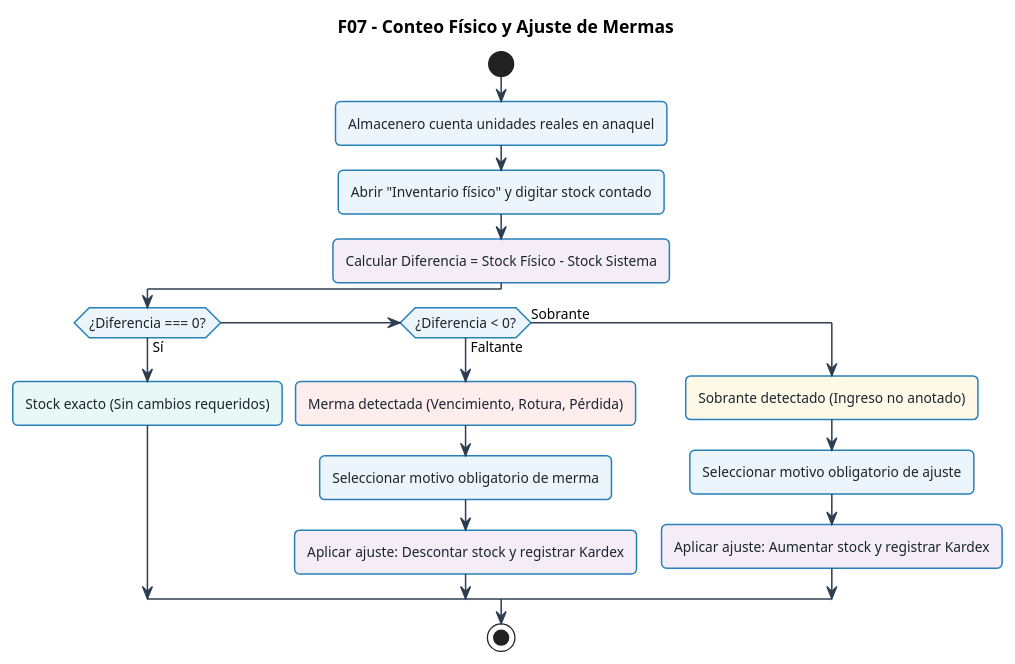
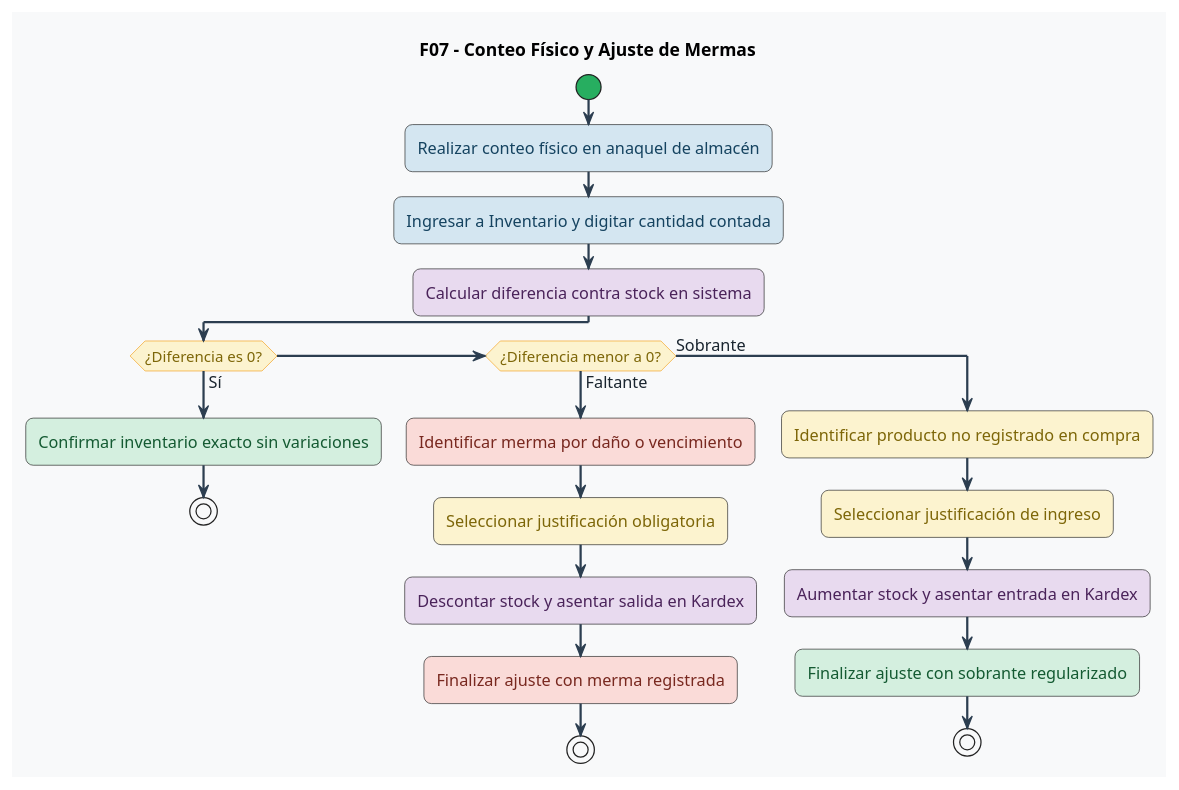
The seventh of 11 diagrams in docs/UML-flujos/flujos-consolidados-kipu.md (xmenil/ERP-KIPUS), drawn with PlantUML before and after one commit. The commit also changed other lines of this file and 23 other files, not shown here.

Commit message:
docs: actualizar diagramas PlantUML estilo Bizagi BPMN y corregir advertencias de sintaxis

````diff
--- a/docs/UML-flujos/flujos-consolidados-kipu.md
+++ b/docs/UML-flujos/flujos-consolidados-kipu.md
@@ -430,49 +548,76 @@
 ```plantuml
 @startuml
+<style>
+activityDiagram {
+  BackgroundColor #F8F9FA
+  BorderColor #2C3E50
+  FontColor #1A252F
+  FontSize 13
+  FontName "Segoe UI", Arial, sans-serif
+  RoundCorner 12
+  Padding 10
+  Margin 8
+
+  .verde {
+    BackgroundColor #D4EFDF
+    BorderColor #27AE60
+    FontColor #145A32
+  }
+  .amarillo {
+    BackgroundColor #FCF3CF
+    BorderColor #F39C12
+    FontColor #7D6608
+  }
+  .azul {
+    BackgroundColor #D4E6F1
+    BorderColor #2980B9
+    FontColor #154360
+  }
+  .morado {
+    BackgroundColor #E8DAEF
+    BorderColor #8E44AD
+    FontColor #4A235A
+  }
+  .rojo {
+    BackgroundColor #FADBD8
+    BorderColor #C0392B
+    FontColor #78281F
+  }
+}
+</style>
+
 skinparam defaultFontName "Segoe UI", Arial, sans-serif
-skinparam defaultFontSize 11
-skinparam roundCorner 8
-skinparam shadowing false
 skinparam ArrowColor #2C3E50
-skinparam ArrowThickness 1.2
-
-skinparam activity {
-  BackgroundColor #EBF5FB
-  BorderColor #2980B9
-  BorderThickness 1.2
-  FontColor #1A252F
-}
-skinparam decision {
-  BackgroundColor #FEF9E7
-  BorderColor #F39C12
-  BorderThickness 1.2
-  FontColor #7D6608
-}
-skinparam start {
-  Color #27AE60
-}
-skinparam stop {
-  Color #C0392B
-}
+skinparam ArrowThickness 1.8
+skinparam activityStartColor #27AE60
+skinparam activityEndColor #C0392B
+skinparam activityDiamondBackgroundColor #FCF3CF
+skinparam activityDiamondBorderColor #F39C12
+skinparam activityDiamondFontColor #7D6608
+skinparam activityDiamondFontSize 12
 
 title F07 - Conteo Físico y Ajuste de Mermas
 
 start
-:Almacenero cuenta unidades reales en anaquel;
-:Abrir "Inventario físico" y digitar stock contado;
-#F4ECF7:Calcular Diferencia = Stock Físico - Stock Sistema;
+:Realizar conteo físico en anaquel de almacén; <<azul>>
+:Ingresar a Inventario y digitar cantidad contada; <<azul>>
+:Calcular diferencia contra stock en sistema; <<morado>>
 
-if (¿Diferencia === 0?) then (Sí)
-  #E8F8F5:Stock exacto (Sin cambios requeridos);
-elseif (¿Diferencia < 0?) then (Faltante)
-  #FDEDEC:Merma detectada (Vencimiento, Rotura, Pérdida);
-  :Seleccionar motivo obligatorio de merma;
-  #F4ECF7:Aplicar ajuste: Descontar stock y registrar Kardex;
+if (¿Diferencia es 0?) then (Sí)
+  :Confirmar inventario exacto sin variaciones; <<verde>>
+  stop
+elseif (¿Diferencia menor a 0?) then (Faltante)
+  :Identificar merma por daño o vencimiento; <<rojo>>
+  :Seleccionar justificación obligatoria; <<amarillo>>
+  :Descontar stock y asentar salida en Kardex; <<morado>>
+  :Finalizar ajuste con merma registrada; <<rojo>>
+  stop
 else (Sobrante)
-  #FEF9E7:Sobrante detectado (Ingreso no anotado);
-  :Seleccionar motivo obligatorio de ajuste;
-  #F4ECF7:Aplicar ajuste: Aumentar stock y registrar Kardex;
+  :Identificar producto no registrado en compra; <<amarillo>>
+  :Seleccionar justificación de ingreso; <<amarillo>>
+  :Aumentar stock y asentar entrada en Kardex; <<morado>>
+  :Finalizar ajuste con sobrante regularizado; <<verde>>
+  stop
 endif
-stop
 @enduml
 ```
````
